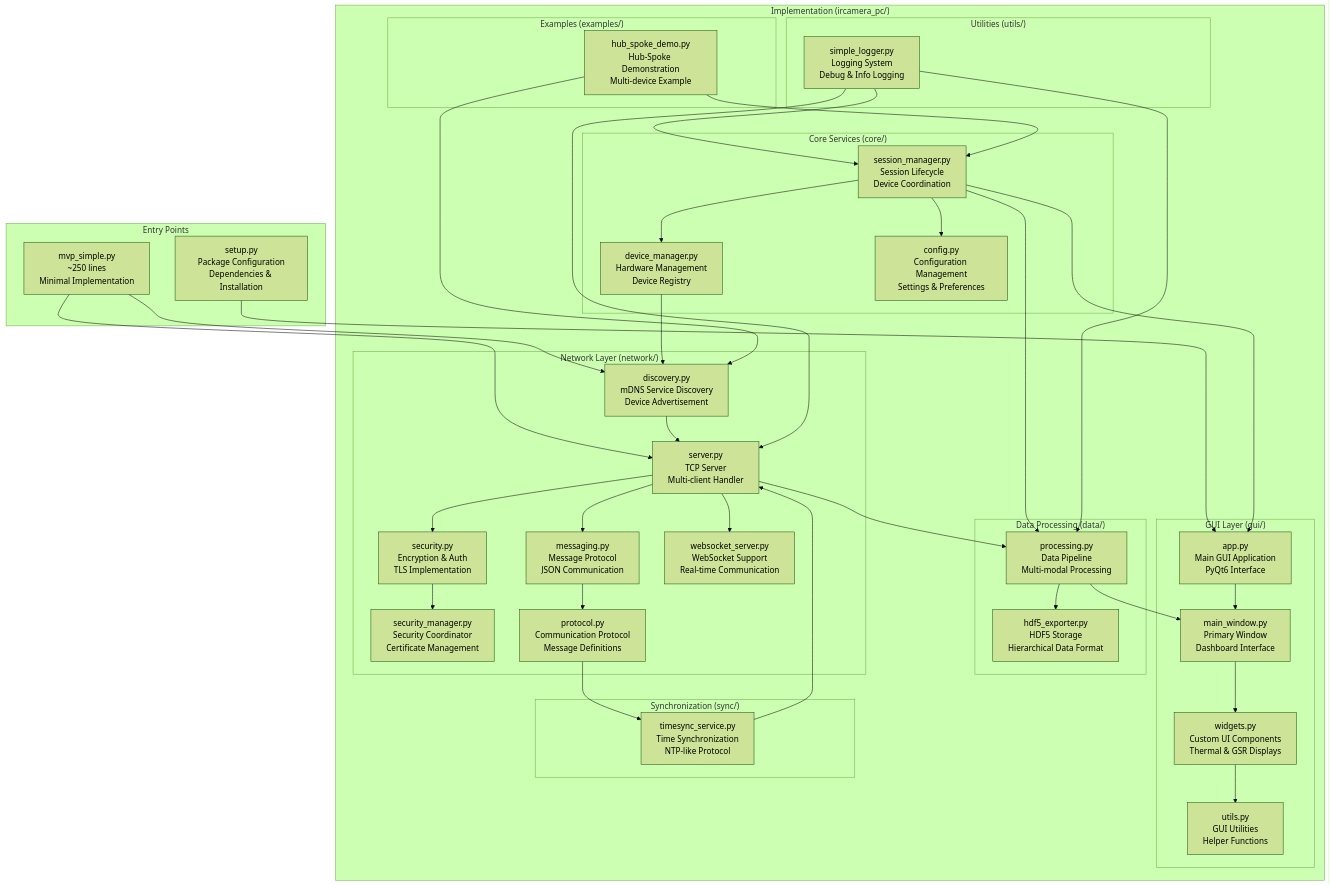
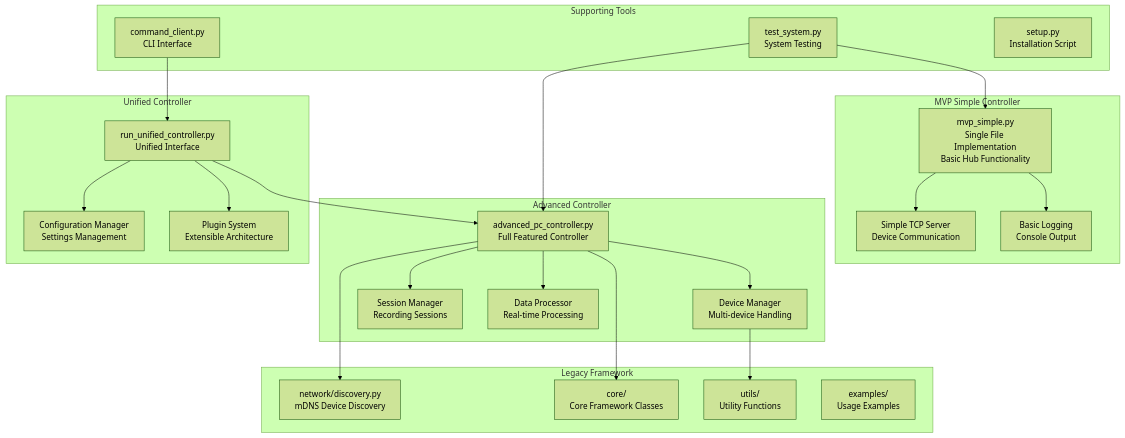
The fourth of 10 diagrams in docs/COMPREHENSIVE_ARCHITECTURE_DIAGRAMS.md (uclgsr/IRCamera), drawn with Mermaid (forest theme) before and after one commit. The commit also changed other lines of this file, not shown here.

Commit message:
Complete fresh restart of architecture diagrams - 10 comprehensive Mermaid diagrams from scratch

````diff
--- a/docs/COMPREHENSIVE_ARCHITECTURE_DIAGRAMS.md
+++ b/docs/COMPREHENSIVE_ARCHITECTURE_DIAGRAMS.md
@@ -291,92 +184,53 @@
 ```mermaid
 graph TB
-    subgraph "Entry Points"
-        MVPSimple[mvp_simple.py<br/>~250 lines<br/>Minimal Implementation]
-        SetupPy[setup.py<br/>Package Configuration<br/>Dependencies & Installation]
+    subgraph "MVP Simple Controller"
+        MVPSimple[mvp_simple.py<br/>Single File Implementation<br/>Basic Hub Functionality]
+        SimpleServer[Simple TCP Server<br/>Device Communication]
+        SimpleLogger[Basic Logging<br/>Console Output]
     end
     
-    subgraph "Implementation (ircamera_pc/)"
-        subgraph "Core Services (core/)"
-            SessionMgr[session_manager.py<br/>Session Lifecycle<br/>Device Coordination]
-            DeviceMgr[device_manager.py<br/>Hardware Management<br/>Device Registry]
-            ConfigMgr[config.py<br/>Configuration Management<br/>Settings & Preferences]
-        end
-        
-        subgraph "Network Layer (network/)"
-            Discovery[discovery.py<br/>mDNS Service Discovery<br/>Device Advertisement]
-            Server[server.py<br/>TCP Server<br/>Multi-client Handler]
-            Messaging[messaging.py<br/>Message Protocol<br/>JSON Communication]
-            Security[security.py<br/>Encryption & Auth<br/>TLS Implementation]
-            SecurityMgr[security_manager.py<br/>Security Coordinator<br/>Certificate Management]
-            Protocol[protocol.py<br/>Communication Protocol<br/>Message Definitions]
-            WebSocketSvr[websocket_server.py<br/>WebSocket Support<br/>Real-time Communication]
-        end
-        
-        subgraph "Data Processing (data/)"
-            Processing[processing.py<br/>Data Pipeline<br/>Multi-modal Processing]
-            HDF5Export[hdf5_exporter.py<br/>HDF5 Storage<br/>Hierarchical Data Format]
-        end
-        
-        subgraph "GUI Layer (gui/)"
-            GUIApp[app.py<br/>Main GUI Application<br/>PyQt6 Interface]
-            MainWindow[main_window.py<br/>Primary Window<br/>Dashboard Interface]
-            Widgets[widgets.py<br/>Custom UI Components<br/>Thermal & GSR Displays]
-            Utils[utils.py<br/>GUI Utilities<br/>Helper Functions]
-        end
-        
-        subgraph "Synchronization (sync/)"
-            TimeSyncSvc[timesync_service.py<br/>Time Synchronization<br/>NTP-like Protocol]
-        end
-        
-        subgraph "Utilities (utils/)"
-            SimpleLogger[simple_logger.py<br/>Logging System<br/>Debug & Info Logging]
-        end
-        
-        subgraph "Examples (examples/)"
-            HubSpokeDemo[hub_spoke_demo.py<br/>Hub-Spoke Demonstration<br/>Multi-device Example]
-        end
+    subgraph "Advanced Controller"
+        AdvancedMain[advanced_pc_controller.py<br/>Full Featured Controller]
+        DeviceManager[Device Manager<br/>Multi-device Handling]
+        SessionManager[Session Manager<br/>Recording Sessions]
+        DataProcessor[Data Processor<br/>Real-time Processing]
     end
     
-    %% Entry point connections
-    MVPSimple --> Discovery
-    MVPSimple --> Server
-    SetupPy --> GUIApp
+    subgraph "Unified Controller"
+        UnifiedMain[run_unified_controller.py<br/>Unified Interface]
+        ConfigManager[Configuration Manager<br/>Settings Management]
+        PluginSystem[Plugin System<br/>Extensible Architecture]
+    end
     
-    %% Core service connections
-    SessionMgr --> DeviceMgr
-    SessionMgr --> ConfigMgr
-    DeviceMgr --> Discovery
+    subgraph "Legacy Framework"
+        NetworkDiscovery[network/discovery.py<br/>mDNS Device Discovery]
+        CoreFramework[core/<br/>Core Framework Classes]
+        UtilsModule[utils/<br/>Utility Functions]
+        ExamplesModule[examples/<br/>Usage Examples]
+    end
     
-    %% Network layer connections
-    Discovery --> Server
-    Server --> Messaging
-    Server --> Security
-    Messaging --> Protocol
-    Security --> SecurityMgr
-    Server --> WebSocketSvr
+    subgraph "Supporting Tools"
+        SystemTest[test_system.py<br/>System Testing]
+        CommandClient[command_client.py<br/>CLI Interface]
+        SetupScript[setup.py<br/>Installation Script]
+    end
     
-    %% Data processing connections
-    Server --> Processing
-    Processing --> HDF5Export
-    SessionMgr --> Processing
+    MVPSimple --> SimpleServer
+    MVPSimple --> SimpleLogger
     
-    %% GUI connections
-    GUIApp --> MainWindow
-    MainWindow --> Widgets
-    Widgets --> Utils
-    SessionMgr --> GUIApp
-    Processing --> MainWindow
+    AdvancedMain --> DeviceManager
+    AdvancedMain --> SessionManager
+    AdvancedMain --> DataProcessor
     
-    %% Synchronization connections
-    TimeSyncSvc --> Server
-    Protocol --> TimeSyncSvc
+    UnifiedMain --> ConfigManager
+    UnifiedMain --> PluginSystem
+    UnifiedMain --> AdvancedMain
     
-    %% Utility connections
-    SimpleLogger --> SessionMgr
-    SimpleLogger --> Server
-    SimpleLogger --> Processing
+    AdvancedMain --> NetworkDiscovery
+    AdvancedMain --> CoreFramework
+    DeviceManager --> UtilsModule
     
-    %% Example connections
-    HubSpokeDemo --> Discovery
-    HubSpokeDemo --> SessionMgr
+    SystemTest --> MVPSimple
+    SystemTest --> AdvancedMain
+    CommandClient --> UnifiedMain
 ```
````
